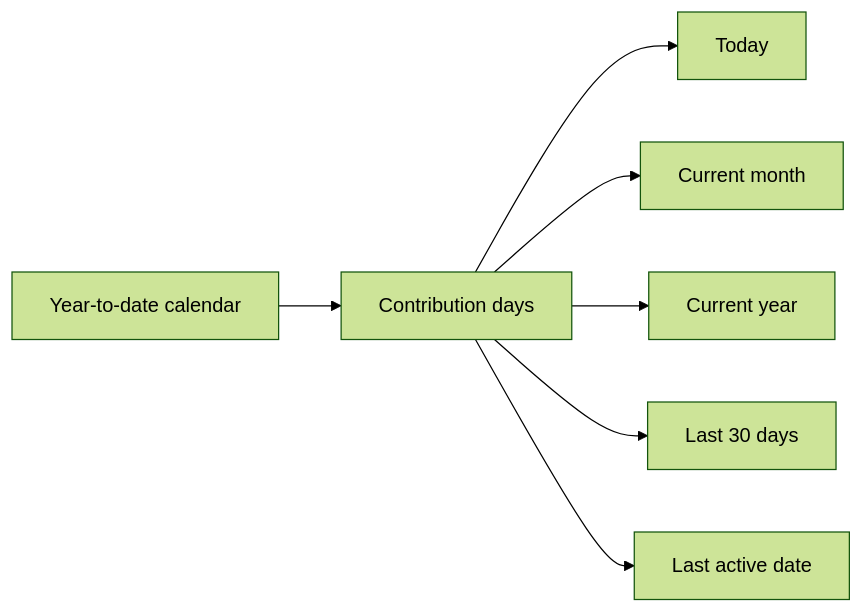
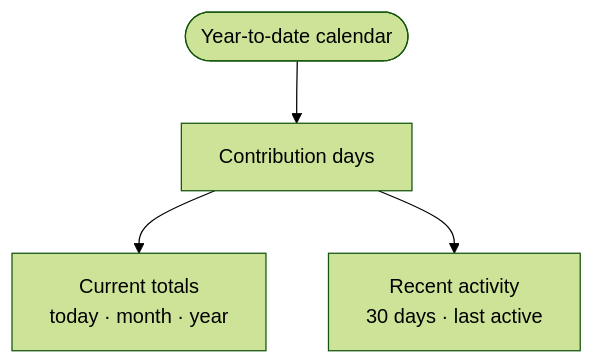
The second of 2 diagrams in web/content/blog/personal-telemetry-from-spotify-and-github.mdx (ErickCReis/ErickCReis), drawn with Mermaid (forest theme) before and after one commit. The commit also changed other lines of this file and 23 other files, not shown here.

Commit message:
Polish Mermaid diagrams across blog posts

````diff
--- a/web/content/blog/personal-telemetry-from-spotify-and-github.mdx
+++ b/web/content/blog/personal-telemetry-from-spotify-and-github.mdx
@@ -116,9 +114,6 @@
 ```mermaid center
-flowchart LR
-  Query["Year-to-date calendar"] --> Days["Contribution days"]
-  Days --> Today["Today"]
-  Days --> Month["Current month"]
-  Days --> Year["Current year"]
-  Days --> Window["Last 30 days"]
-  Days --> Last["Last active date"]
+flowchart TB
+  Query(["Year-to-date calendar"]) --> Days["Contribution days"]
+  Days --> Current["Current totals<br/>today · month · year"]
+  Days --> Recent["Recent activity<br/>30 days · last active"]
 ```
````
